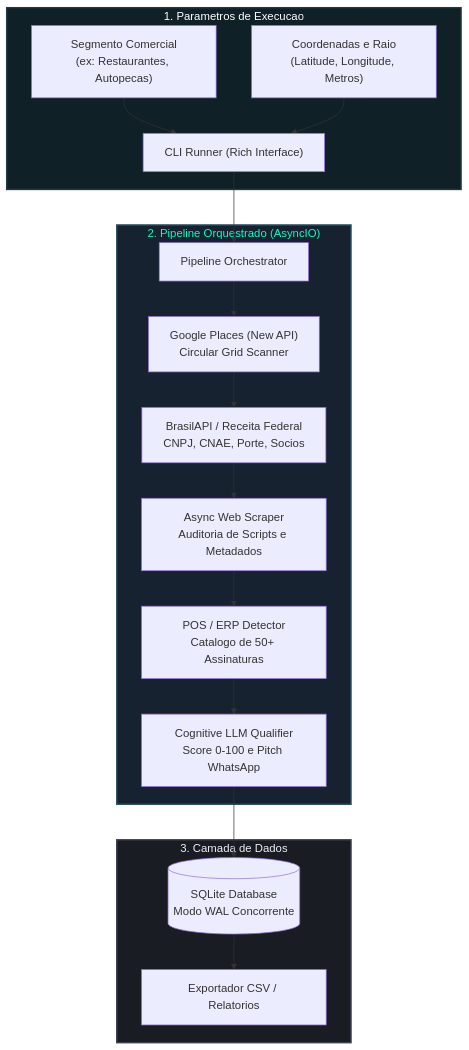
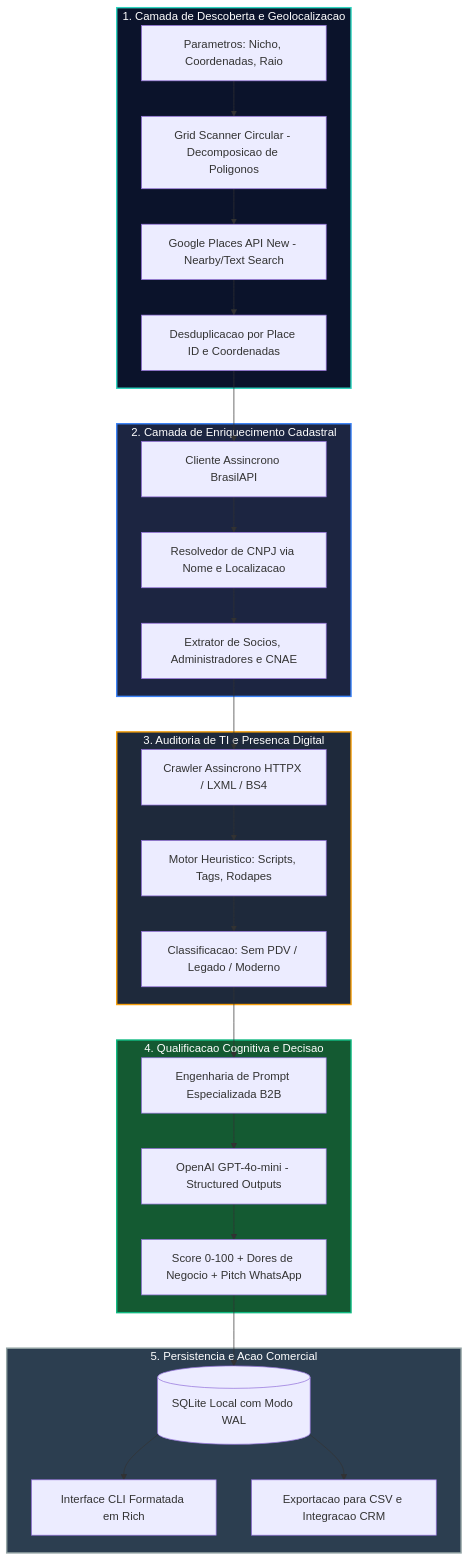
Before and after one commit to dgphaney-dev/sweezy-ai: the diagram in README.md, drawn with Mermaid. The commit also changed other lines of this file, not shown here.

Commit message:
docs(readme): redesign README inspired by NextGen ERP architecture style

````diff
--- a/README.md
+++ b/README.md
@@ -58,29 +84,65 @@
 ```mermaid
-flowchart TD
-    subgraph Input["1. Parametros de Execucao"]
-        A["Segmento Comercial<br>(ex: Restaurantes, Autopecas)"]
-        B["Coordenadas e Raio<br>(Latitude, Longitude, Metros)"]
-        A & B --> C["CLI Runner (Rich Interface)"]
+graph TD
+    subgraph Camada_Descoberta [1. Camada de Descoberta e Geolocalizacao]
+        Input[Parametros: Nicho, Coordenadas, Raio]
+        Grid[Grid Scanner Circular - Decomposicao de Poligonos]
+        PlacesAPI[Google Places API New - Nearby/Text Search]
+        Dedup[Desduplicacao por Place ID e Coordenadas]
+        
+        Input --> Grid
+        Grid --> PlacesAPI
+        PlacesAPI --> Dedup
     end
 
-    subgraph Pipeline["2. Pipeline Orquestrado (AsyncIO)"]
-        C --> D["Pipeline Orchestrator"]
-        D --> E["Google Places (New API)<br>Circular Grid Scanner"]
-        E --> F["BrasilAPI / Receita Federal<br>CNPJ, CNAE, Porte, Socios"]
-        F --> G["Async Web Scraper<br>Auditoria de Scripts e Metadados"]
-        G --> H["POS / ERP Detector<br>Catalogo de 50+ Assinaturas"]
-        H --> I["Cognitive LLM Qualifier<br>Score 0-100 e Pitch WhatsApp"]
+    subgraph Camada_Enriquecimento [2. Camada de Enriquecimento Cadastral]
+        ReceitaClient[Cliente Assincrono BrasilAPI]
+        CNPJResolver[Resolvedor de CNPJ via Nome e Localizacao]
+        QSAExtractor[Extrator de Socios, Administradores e CNAE]
+        
+        Dedup --> ReceitaClient
+        ReceitaClient --> CNPJResolver
+        CNPJResolver --> QSAExtractor
     end
 
-    subgraph Storage["3. Camada de Dados"]
-        I --> J[("SQLite Database<br>Modo WAL Concorrente")]
-        J --> K["Exportador CSV / Relatorios"]
+    subgraph Camada_Auditoria [3. Auditoria de TI e Presenca Digital]
+        WebCrawler[Crawler Assincrono HTTPX / LXML / BS4]
+        SignatureEngine[Motor Heuristico: Scripts, Tags, Rodapes]
+        POSStatus[Classificacao: Sem PDV / Legado / Moderno]
+        
+        QSAExtractor --> WebCrawler
+        WebCrawler --> SignatureEngine
+        SignatureEngine --> POSStatus
     end
 
-    classDef blueBox fill:#0f2027,stroke:#203a43,stroke-width:2px,color:#ffffff;
-    classDef highlight fill:#16222f,stroke:#2c5364,stroke-width:2px,color:#00ffcc;
-    classDef storageBox fill:#1a1c24,stroke:#3b4252,stroke-width:2px,color:#eceff4;
-    class Input blueBox;
-    class Pipeline highlight;
-    class Storage storageBox;
+    subgraph Camada_Cognitiva [4. Qualificacao Cognitiva e Decisao]
+        PromptEngine[Engenharia de Prompt Especializada B2B]
+        LLM[OpenAI GPT-4o-mini - Structured Outputs]
+        ScoreEngine[Score 0-100 + Dores de Negocio + Pitch WhatsApp]
+        
+        POSStatus --> PromptEngine
+        PromptEngine --> LLM
+        LLM --> ScoreEngine
+    end
+
+    subgraph Camada_Persistencia [5. Persistencia e Acao Comercial]
+        DB[(SQLite Local com Modo WAL)]
+        CLIView[Interface CLI Formatada em Rich]
+        Export[Exportacao para CSV e Integracao CRM]
+        
+        ScoreEngine --> DB
+        DB --> CLIView
+        DB --> Export
+    end
+
+    classDef discoveryBox fill:#0b132b,stroke:#2dd4bf,stroke-width:2px,color:#ffffff;
+    classDef enrichBox fill:#1c2541,stroke:#3b82f6,stroke-width:2px,color:#ffffff;
+    classDef auditBox fill:#1e293b,stroke:#f59e0b,stroke-width:2px,color:#ffffff;
+    classDef cogBox fill:#145a32,stroke:#10b981,stroke-width:2px,color:#ffffff;
+    classDef persBox fill:#2c3e50,stroke:#95a5a6,stroke-width:2px,color:#ffffff;
+
+    class Camada_Descoberta discoveryBox;
+    class Camada_Enriquecimento enrichBox;
+    class Camada_Auditoria auditBox;
+    class Camada_Cognitiva cogBox;
+    class Camada_Persistencia persBox;
 ```
````
